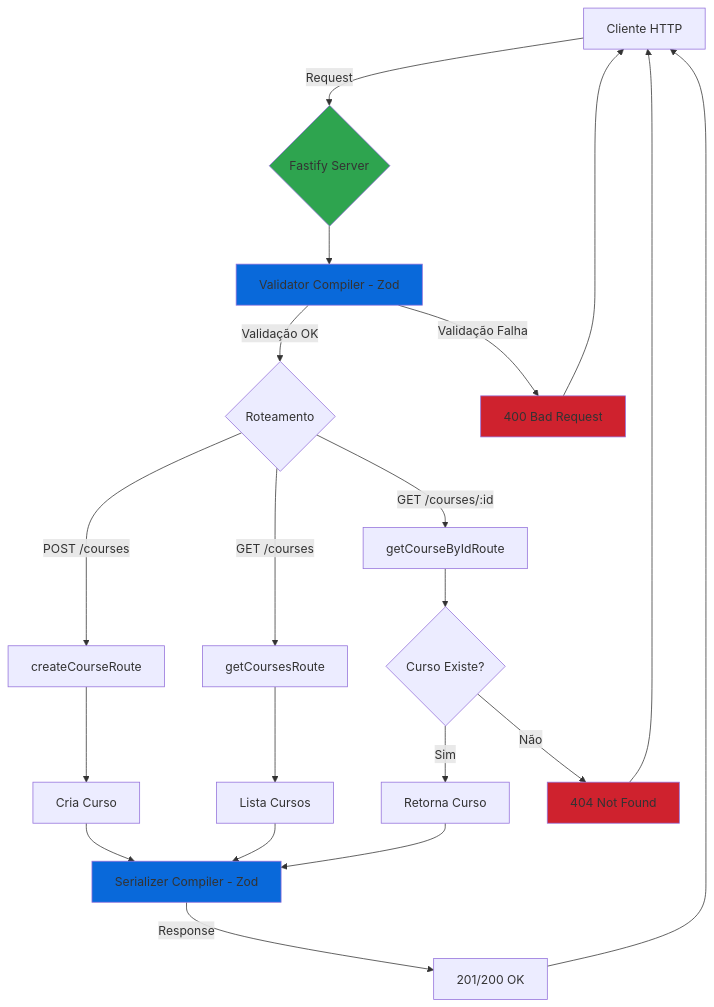
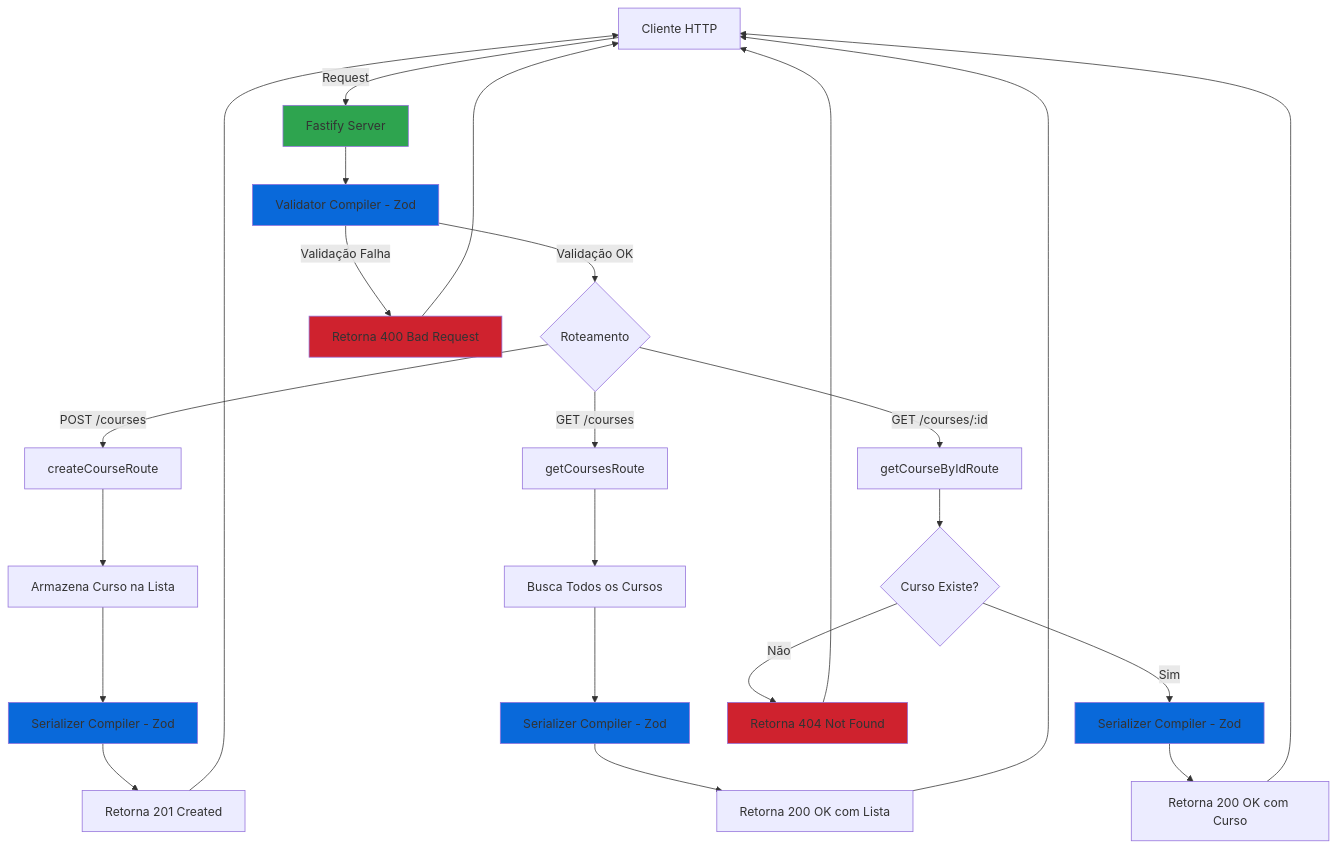
Before and after one commit to frogwarlock/api-nodejs: the diagram in README.md, drawn with Mermaid. The commit also changed other lines of this file, not shown here.

Commit message:
(pre-deploy) feat: update README with improved flowchart and endpoint details for course management

````diff
--- a/README.md
+++ b/README.md
@@ -44,33 +44,38 @@
 ```mermaid
 flowchart TD
-    A[Cliente HTTP] -->|Request| B{Fastify Server}
+    A[Cliente HTTP] -->|Request| B[Fastify Server]
     B --> C[Validator Compiler - Zod]
     C -->|Validação OK| D{Roteamento}
-    C -->|Validação Falha| E[400 Bad Request]
-    
+    C -->|Validação Falha| E[Retorna 400 Bad Request]
+
     D -->|POST /courses| F[createCourseRoute]
     D -->|GET /courses| G[getCoursesRoute]
     D -->|GET /courses/:id| H[getCourseByIdRoute]
-    
-    F --> I[Cria Curso]
-    G --> J[Lista Cursos]
-    H --> K{Curso Existe?}
-    
-    K -->|Sim| L[Retorna Curso]
-    K -->|Não| M[404 Not Found]
-    
-    I --> N[Serializer Compiler - Zod]
-    J --> N
-    L --> N
-    
-    N -->|Response| O[201/200 OK]
-    O --> A
+
+    F --> I[Armazena Curso na Lista]
+    I --> J[Serializer Compiler - Zod]
+    J --> K[Retorna 201 Created]
+
+    G --> L[Busca Todos os Cursos]
+    L --> M[Serializer Compiler - Zod]
+    M --> N[Retorna 200 OK com Lista]
+
+    H --> O{Curso Existe?}
+    O -->|Sim| P[Serializer Compiler - Zod]
+    O -->|Não| Q[Retorna 404 Not Found]
+    P --> R[Retorna 200 OK com Curso]
+
+    K --> A
+    N --> A
+    R --> A
     E --> A
-    M --> A
-    
+    Q --> A
+
     style B fill:#2ea44f
     style C fill:#0969da
-    style N fill:#0969da
+    style J fill:#0969da
+    style M fill:#0969da
+    style P fill:#0969da
     style E fill:#cf222e
-    style M fill:#cf222e
+    style Q fill:#cf222e
 ```
````
